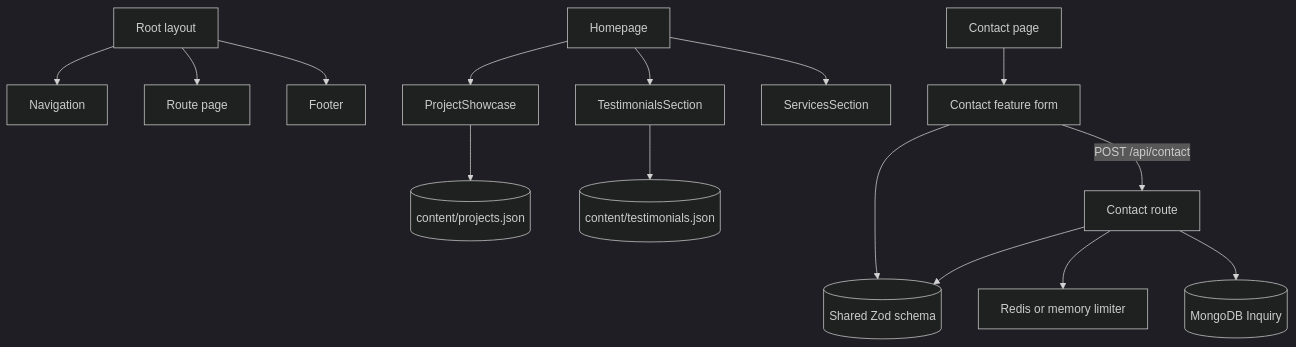
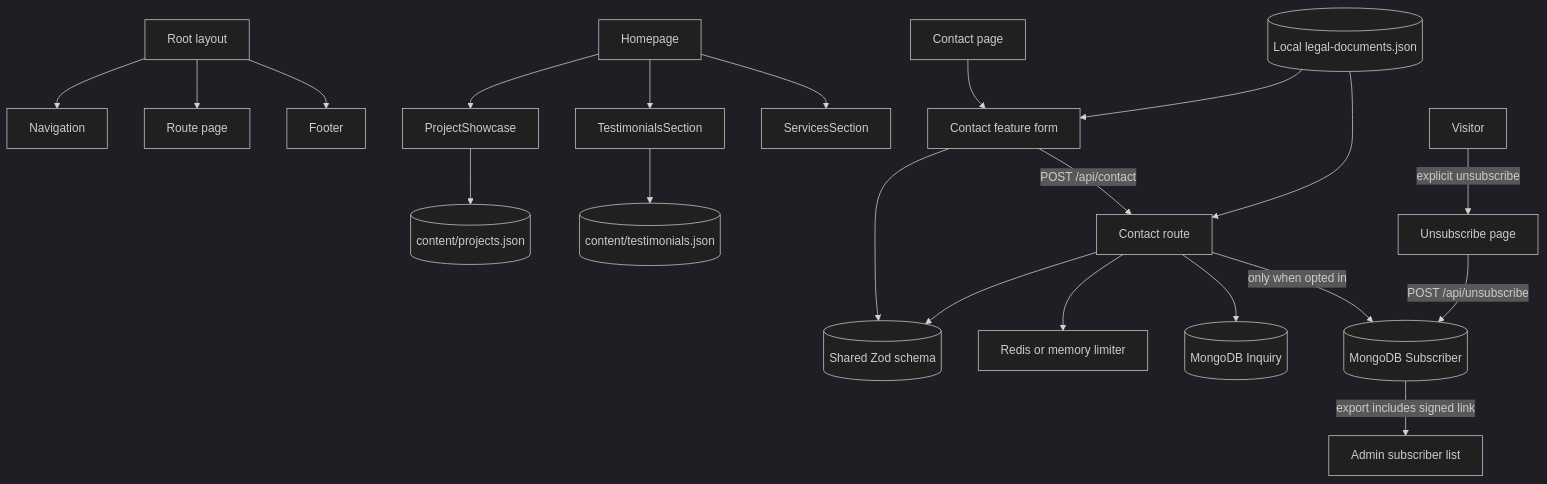
One commit to nlarge-global/nlarge-global-webste changed the first of 2 diagrams in docs/ARCHITECTURE.md. Above: the diagram before and after it, drawn with Mermaid (dark theme). The commit also changed other lines of this file and 35 other files, not shown here.

````diff
--- a/docs/ARCHITECTURE.md
+++ b/docs/ARCHITECTURE.md
@@ -143,19 +157,25 @@
 ```mermaid
 flowchart TD
     Layout[Root layout] --> Navigation
     Layout --> Page[Route page]
     Layout --> Footer
 
     Home[Homepage] --> ProjectShowcase
     Home --> TestimonialsSection
     Home --> ServicesSection
     ProjectShowcase --> Projects[(content/projects.json)]
     TestimonialsSection --> Testimonials[(content/testimonials.json)]
 
     ContactPage[Contact page] --> ContactForm[Contact feature form]
     ContactForm --> ContactSchema[(Shared Zod schema)]
     ContactForm -->|POST /api/contact| ContactAPI[Contact route]
     ContactAPI --> ContactSchema
     ContactAPI --> RateLimit[Redis or memory limiter]
     ContactAPI --> Inquiry[(MongoDB Inquiry)]
+    LegalContent[(Local legal-documents.json)] --> ContactForm
+    LegalContent --> ContactAPI
+    ContactAPI -->|only when opted in| Subscriber[(MongoDB Subscriber)]
+    Subscriber -->|export includes signed link| Admin[Admin subscriber list]
+    Visitor -->|explicit unsubscribe| Unsubscribe[Unsubscribe page]
+    Unsubscribe -->|POST /api/unsubscribe| Subscriber
 ```
````
